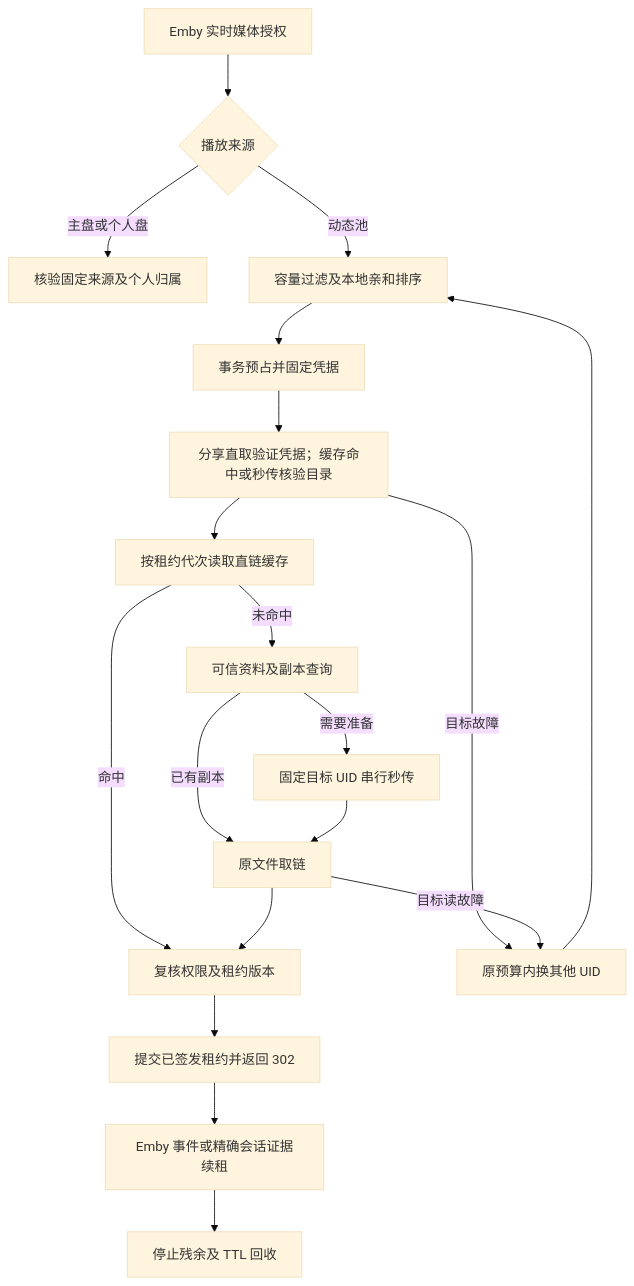
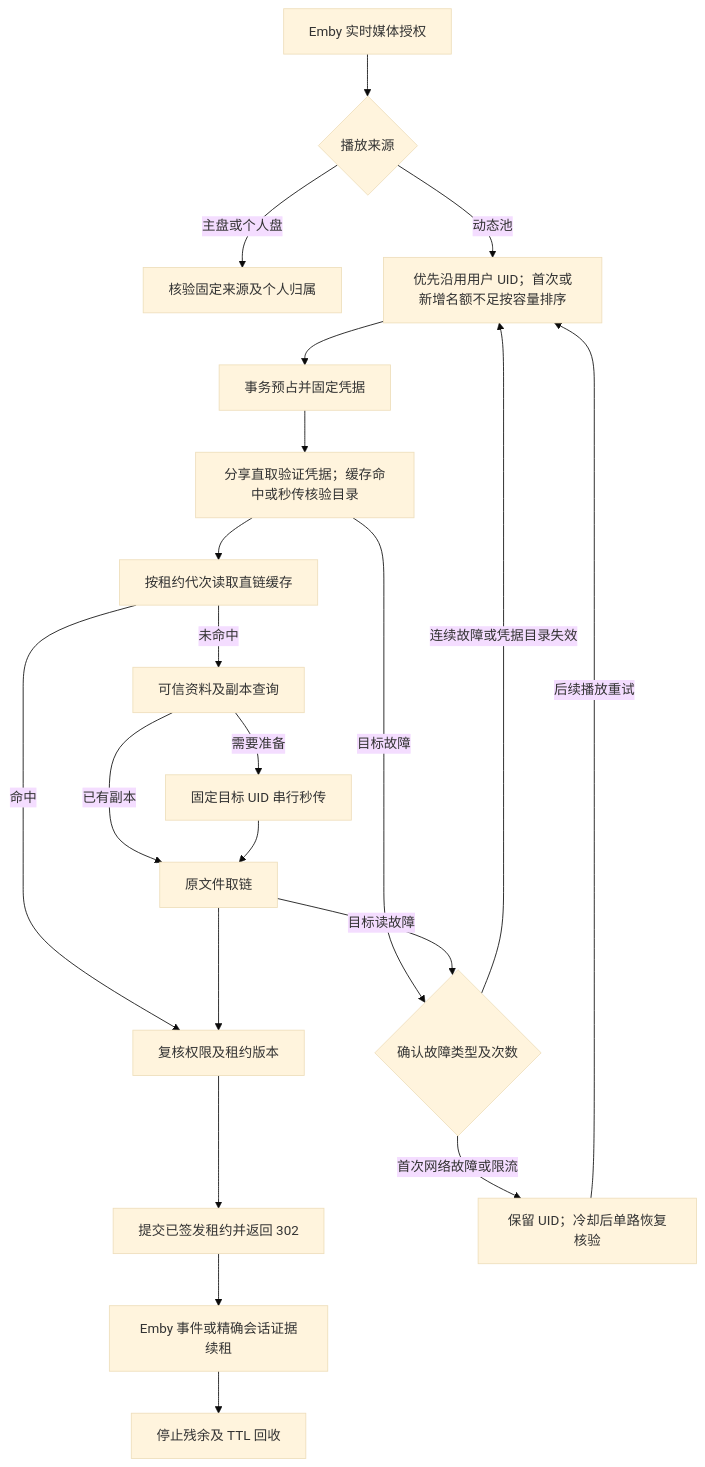
Before and after one commit to jli452195/Cinema115: the diagram in docs/dynamic-playback-pool.md, drawn with Mermaid (base theme). The commit also changed other lines of this file and 35 other files, not shown here.

````diff
--- a/docs/dynamic-playback-pool.md
+++ b/docs/dynamic-playback-pool.md
@@ -7,21 +7,23 @@
 ```mermaid
 flowchart TD
   A[Emby 实时媒体授权] --> B{播放来源}
   B -->|主盘或个人盘| C[核验固定来源及个人归属]
-  B -->|动态池| D[容量过滤及本地亲和排序]
+  B -->|动态池| D[优先沿用用户 UID；首次或新增名额不足按容量排序]
   D --> E[事务预占并固定凭据]
   E --> F[分享直取验证凭据；缓存命中或秒传核验目录]
   F --> G[按租约代次读取直链缓存]
   G -->|未命中| H[可信资料及副本查询]
   H -->|需要准备| I[固定目标 UID 串行秒传]
   H -->|已有副本| J[原文件取链]
   I --> J
   G -->|命中| K[复核权限及租约版本]
   J --> K
   K --> L[提交已签发租约并返回 302]
-  F -->|目标故障| M[原预算内换其他 UID]
+  F -->|目标故障| M{确认故障类型及次数}
   J -->|目标读故障| M
-  M --> D
+  M -->|首次网络故障或限流| P[保留 UID；冷却后单路恢复核验]
+  P -->|后续播放重试| D
+  M -->|连续故障或凭据目录失效| D
   L --> N[Emby 事件或精确会话证据续租]
   N --> O[停止残余及 TTL 回收]
 ```
````
